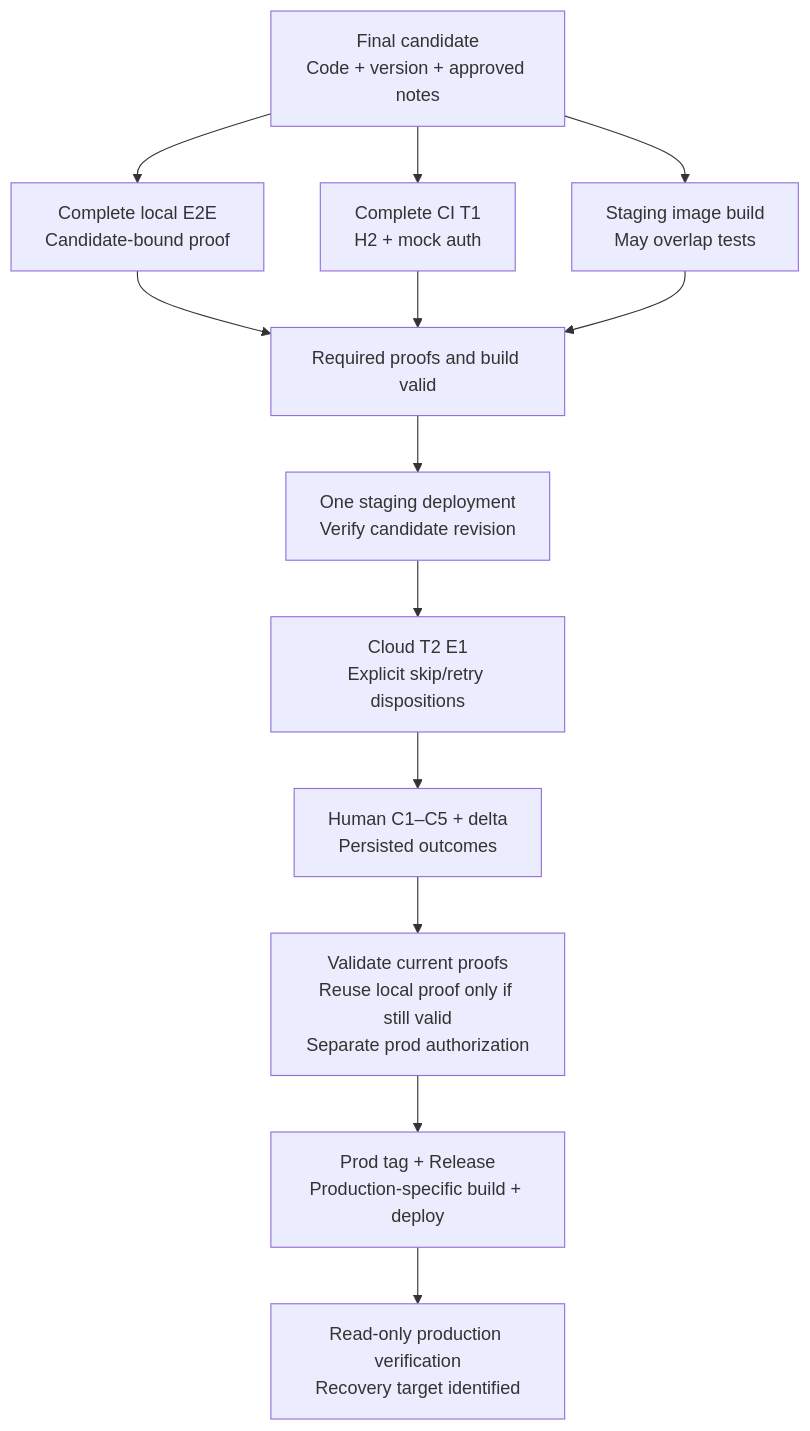
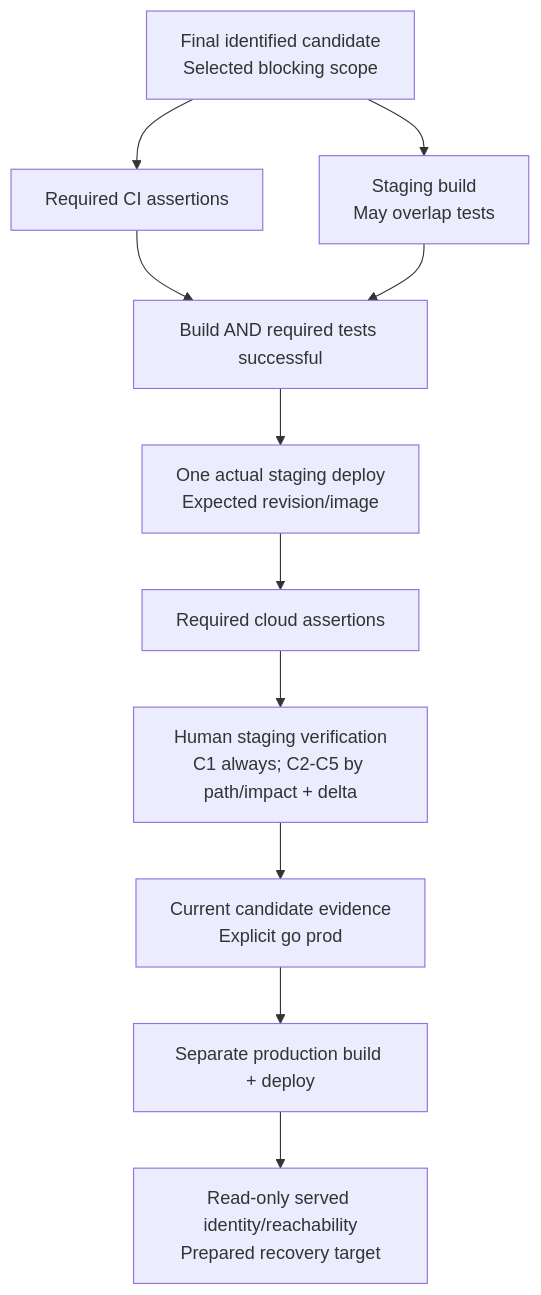
One commit to plamarque/hatcast changed the second of 3 diagrams in _bmad-output/specs/spec-release-delivery/architecture-diagrams.md. Above: the diagram before and after it, drawn with Mermaid. The commit also changed other lines of this file and 43 other files, not shown here.

````diff
--- a/_bmad-output/specs/spec-release-delivery/architecture-diagrams.md
+++ b/_bmad-output/specs/spec-release-delivery/architecture-diagrams.md
@@ -7,15 +25,13 @@
 ```mermaid
 flowchart TB
-  C["Final candidate<br/>Code + version + approved notes"] --> L["Complete local E2E<br/>Candidate-bound proof"]
-  C --> T["Complete CI T1<br/>H2 + mock auth"]
-  C --> B["Staging image build<br/>May overlap tests"]
-  L --> G["Required proofs and build valid"]
-  T --> G
-  B --> G
-  G --> S["One staging deployment<br/>Verify candidate revision"]
-  S --> E["Cloud T2 E1<br/>Explicit skip/retry dispositions"]
-  E --> H["Human C1–C5 + delta<br/>Persisted outcomes"]
-  H --> P["Validate current proofs<br/>Reuse local proof only if still valid<br/>Separate prod authorization"]
-  P --> D["Prod tag + Release<br/>Production-specific build + deploy"]
-  D --> V["Read-only production verification<br/>Recovery target identified"]
+  C["Final identified candidate<br/>Selected blocking scope"] --> TEST["Required CI assertions"]
+  C --> BUILD["Staging build<br/>May overlap tests"]
+  TEST --> JOIN["Build AND required tests successful"]
+  BUILD --> JOIN
+  JOIN --> STAGE["One actual staging deploy<br/>Expected revision/image"]
+  STAGE --> CLOUD["Required cloud assertions"]
+  CLOUD --> HUMAN["Human staging verification<br/>C1 always; C2-C5 by path/impact + delta"]
+  HUMAN --> GATE["Current candidate evidence<br/>Explicit go prod"]
+  GATE --> PROD["Separate production build + deploy"]
+  PROD --> CHECK["Read-only served identity/reachability<br/>Prepared recovery target"]
 ```
````
